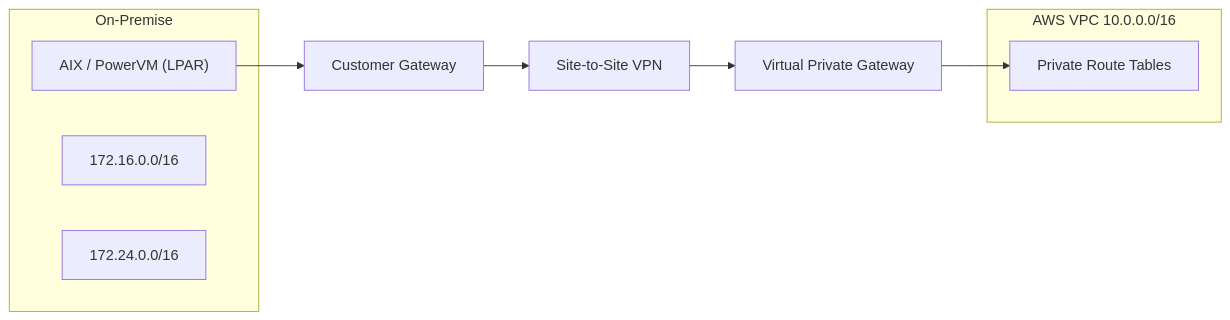
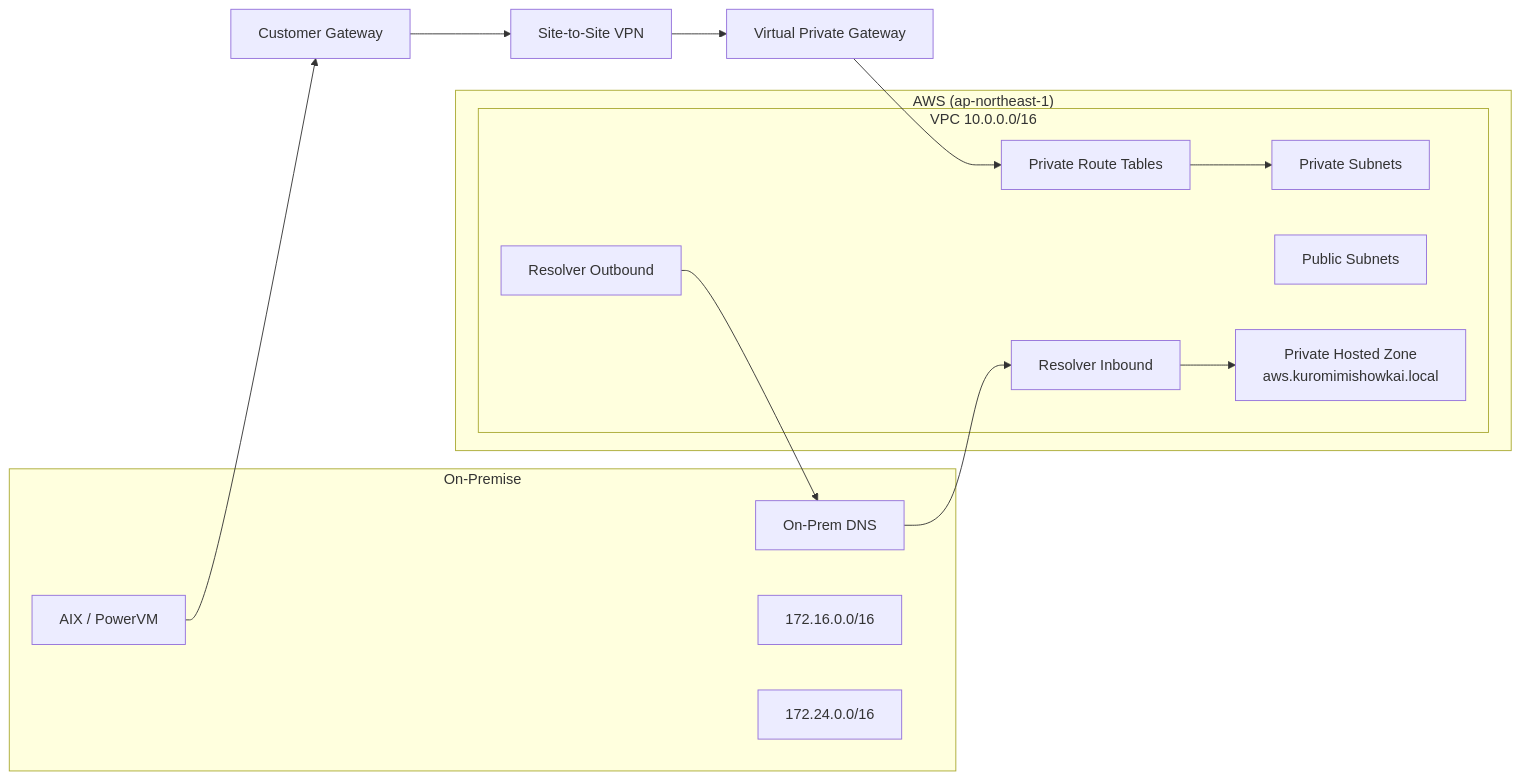
The diagram in README.md (TomomasaSekino/hybrid-architecture-aix-to-aws), drawn with Mermaid before and after one commit. The commit also changed other lines of this file, not shown here.

````diff
--- a/README.md
+++ b/README.md
@@ -45,18 +65,31 @@
 ```mermaid
 flowchart LR
+
   subgraph ONP["On-Premise"]
-    AIX["AIX / PowerVM (LPAR)"]
+    AIX["AIX / PowerVM"]
+    DNS1["On-Prem DNS"]
     DC1["172.16.0.0/16"]
     DR1["172.24.0.0/16"]
   end
 
   CGW["Customer Gateway"]
   VPN["Site-to-Site VPN"]
   VGW["Virtual Private Gateway"]
 
-  subgraph AWS["AWS VPC 10.0.0.0/16"]
-    RT["Private Route Tables"]
+  subgraph AWS["AWS (ap-northeast-1)"]
+    subgraph VPC["VPC 10.0.0.0/16"]
+      PRI["Private Subnets"]
+      PUB["Public Subnets"]
+      RT["Private Route Tables"]
+      RES_OUT["Resolver Outbound"]
+      RES_IN["Resolver Inbound"]
+      PHZ["Private Hosted Zone\naws.kuromimishowkai.local"]
+    end
   end
 
   AIX --> CGW --> VPN --> VGW --> RT
+  DNS1 --> RES_IN
+  RES_OUT --> DNS1
+  RES_IN --> PHZ
+  RT --> PRI
 ```
````
